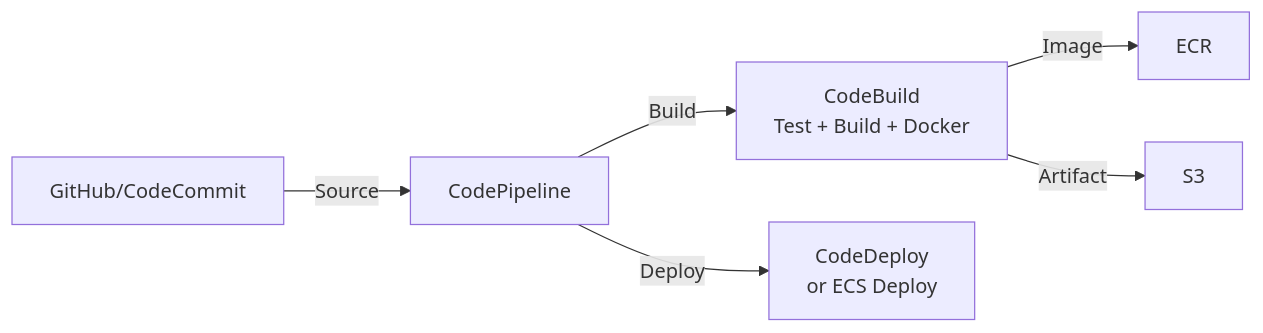
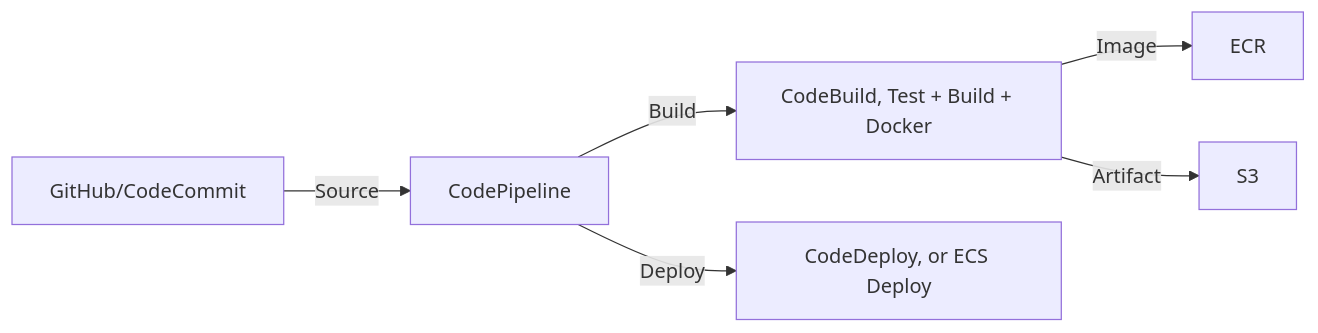
The diagram in Chapter_19_AWS_CodeBuild.md (DeeptiShuklaProject/Uday_AWS), drawn with Mermaid before and after one commit. The commit also changed 34 other files, not shown here.

Commit message:
Fix mermaid diagrams syntax across all chapters (quote labels and remove HTML)

````diff
--- a/Chapter_19_AWS_CodeBuild.md
+++ b/Chapter_19_AWS_CodeBuild.md
@@ -198,8 +198,8 @@
 ```mermaid
 flowchart LR
     Git[GitHub/CodeCommit] -->|Source| CP[CodePipeline]
-    CP -->|Build| CB[CodeBuild<br>Test + Build + Docker]
+    CP -->|Build| CB["CodeBuild, Test + Build + Docker"]
     CB -->|Image| ECR[ECR]
     CB -->|Artifact| S3[S3]
-    CP -->|Deploy| CD[CodeDeploy<br>or ECS Deploy]
+    CP -->|Deploy| CD["CodeDeploy, or ECS Deploy"]
 ```
````
